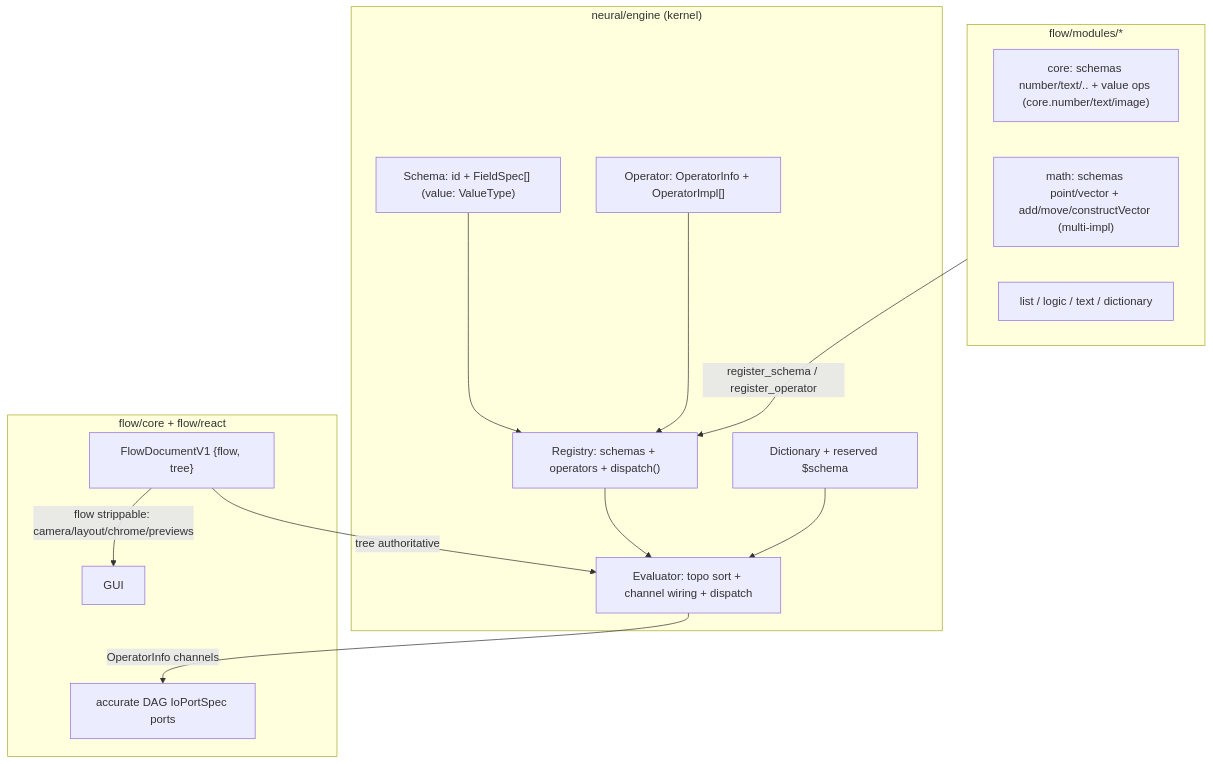
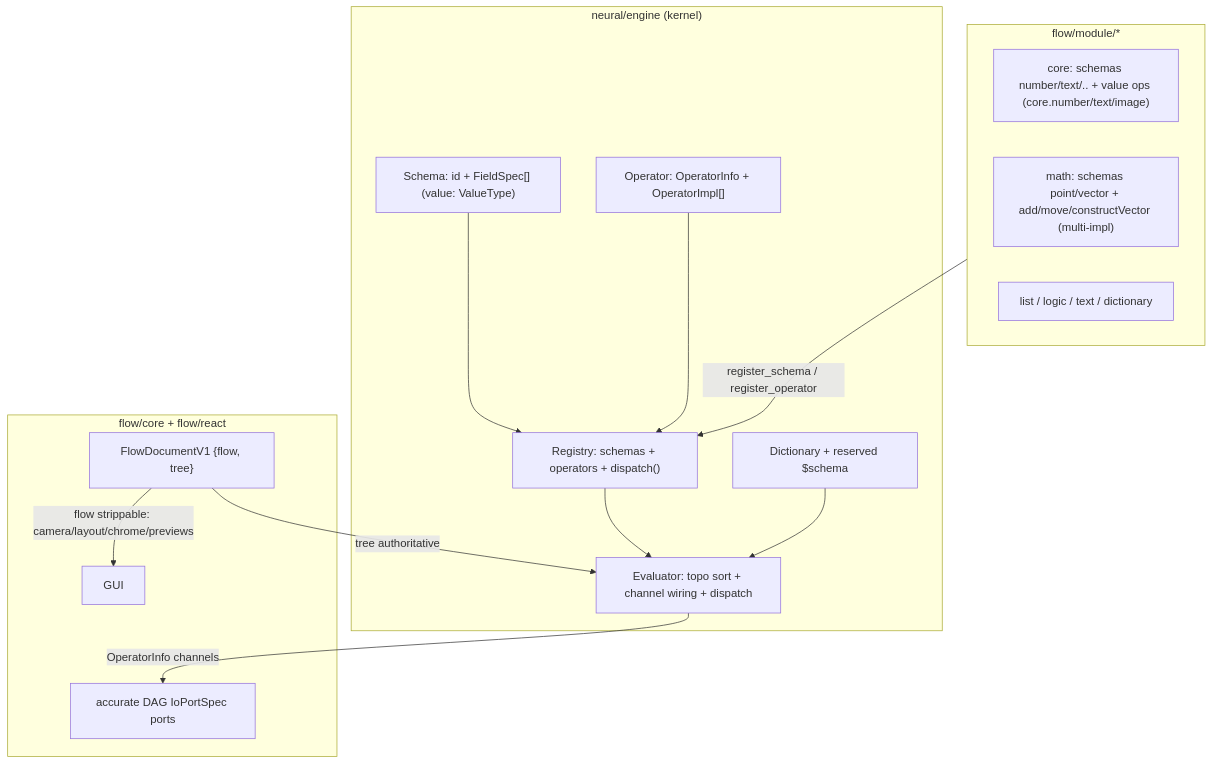
The diagram in .cursor/plans/neural_schemas_and_operators_f692e604.plan.md (usalu/semio), drawn with Mermaid before and after one commit. The commit also changed other lines of this file and 3878 other files, not shown here.

````diff
--- a/.cursor/plans/neural_schemas_and_operators_f692e604.plan.md
+++ b/.cursor/plans/neural_schemas_and_operators_f692e604.plan.md
@@ -52,26 +52,26 @@
 ```mermaid
 flowchart TB
   subgraph neural["neural/engine (kernel)"]
     Schema["Schema: id + FieldSpec[] (value: ValueType)"]
     Dict["Dictionary + reserved $schema"]
     Op["Operator: OperatorInfo + OperatorImpl[]"]
     Reg["Registry: schemas + operators + dispatch()"]
     Eval["Evaluator: topo sort + channel wiring + dispatch"]
     Schema --> Reg
     Op --> Reg
     Reg --> Eval
     Dict --> Eval
   end
-  subgraph modules["flow/modules/*"]
+  subgraph modules["flow/module/*"]
     Core["core: schemas number/text/.. + value ops (core.number/text/image)"]
     Math["math: schemas point/vector + add/move/constructVector (multi-impl)"]
     Others["list / logic / text / dictionary"]
   end
   modules -->|register_schema / register_operator| Reg
   subgraph flow["flow/core + flow/react"]
     Doc["FlowDocumentV1 {flow, tree}"]
     Doc -->|tree authoritative| Eval
     Doc -->|flow strippable: camera/layout/chrome/previews| GUI
     Eval -->|OperatorInfo channels| Ports["accurate DAG IoPortSpec ports"]
   end
 ```
````
